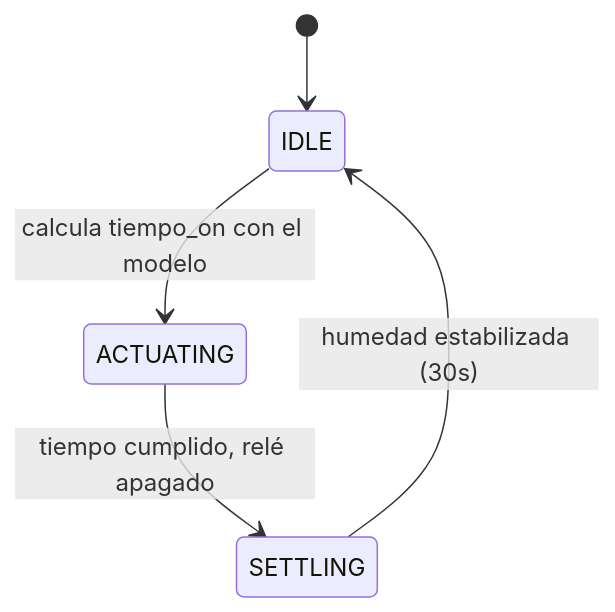
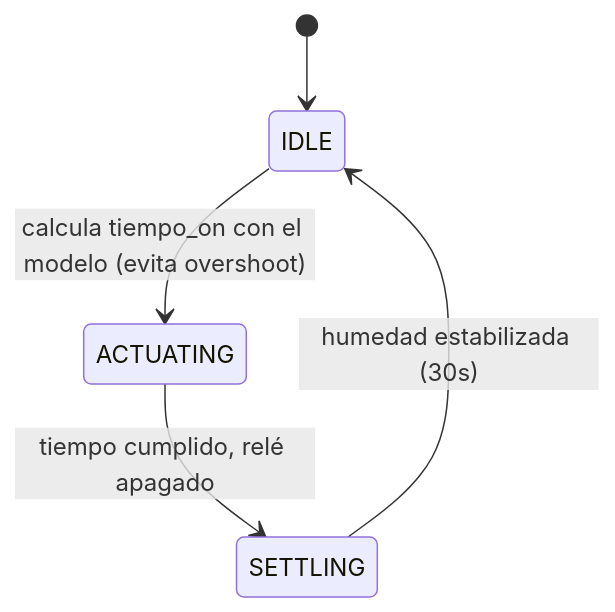
Before and after one commit to adiumx/arduino: the second of 2 diagrams in Humidificador/README.md, drawn with Mermaid. The commit also changed other lines of this file, not shown here.

````diff
--- a/Humidificador/README.md
+++ b/Humidificador/README.md
@@ -43,7 +48,7 @@
 ```mermaid
 stateDiagram-v2
     [*] --> IDLE
-    IDLE --> ACTUATING: calcula tiempo_on con el modelo
+    IDLE --> ACTUATING: calcula tiempo_on con el modelo (evita overshoot)
     ACTUATING --> SETTLING: tiempo cumplido, relé apagado
     SETTLING --> IDLE: humedad estabilizada (30s)
 ```
````
